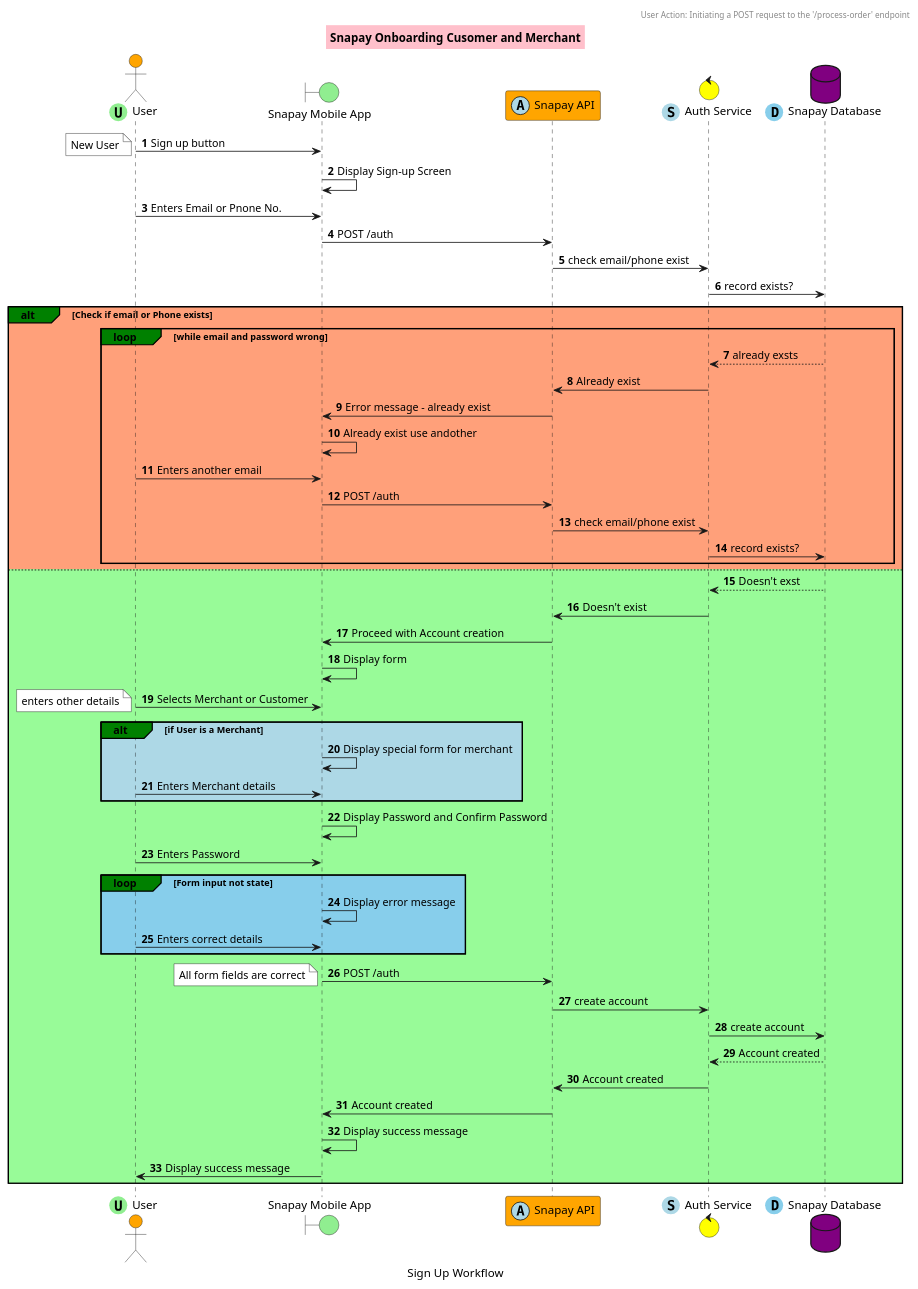
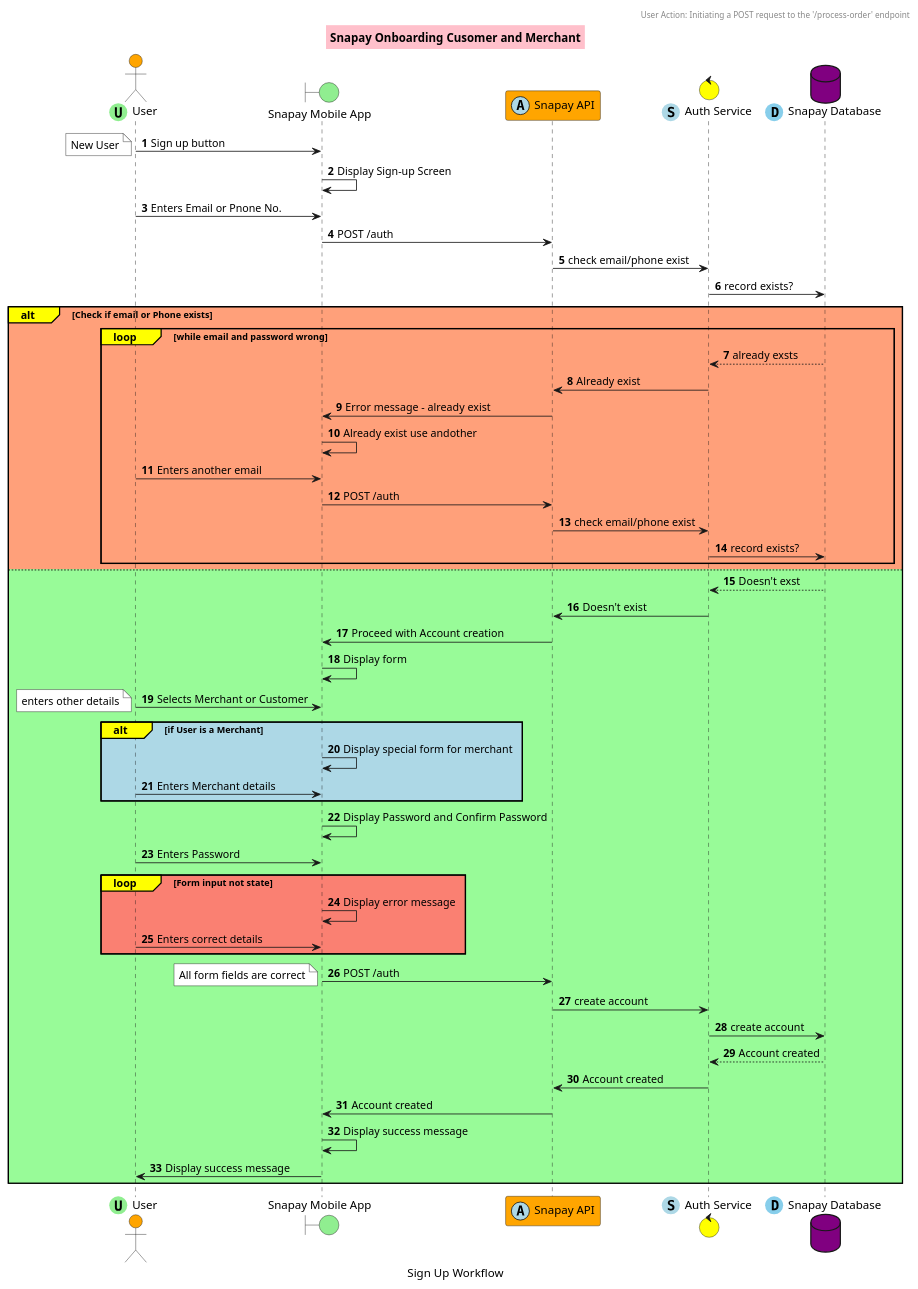
The diagram in snapay/onboardinng.puml (st-Michael/Brief-and-Architecture-for-QR-and-Merchant-Payment-integration---online-store), drawn with PlantUML before and after one commit. The commit also changed 1 other file, not shown here.

Commit message:
snapay login modified login sequence

```diff
--- a/snapay/onboardinng.puml
+++ b/snapay/onboardinng.puml
@@ -1,75 +1,75 @@
-@startuml
+@startuml Onboarding
 
 autonumber
 
 title Snapay Onboarding Cusomer and Merchant
 
 header
     User Action: Initiating a POST request to the '/process-order' endpoint
 endheader
 
 caption Sign Up Workflow
 
 
 skinparam NoteBackgroundColor #White
 skinparam TitleBackgroundColor #Pink
 skinparam ParticipantBackgroundColor #Orange
 skinparam ActorBackgroundColor #Orange
 skinparam DatabaseBackgroundColor #Purple
 skinparam BoundaryBackgroundColor #LightGreen
 skinparam ControlBackgroundColor #Yellow
 
 actor User <<(U, LightGreen)>>
 boundary "Snapay Mobile App" as UI
 participant "Snapay API" as API <<(A, LightBlue)>>
 control "Auth Service" as AuthService <<(S, LightBlue)>>
 database "Snapay Database" as Database <<(D, SkyBlue)>>
 
 User -> UI : Sign up button
 note left : New User
 UI -> UI  : Display Sign-up Screen
 User -> UI : Enters Email or Pnone No.
 UI -> API : POST /auth
 API -> AuthService: check email/phone exist
 AuthService -> Database: record exists?
-    alt#Green #LightSalmon Check if email or Phone exists
-        loop#green  while email and password wrong
+    alt#Yellow #LightSalmon Check if email or Phone exists
+        loop#Yellow  while email and password wrong
             Database --> AuthService: already exsts
             AuthService -> API : Already exist
             API -> UI : Error message - already exist
             UI ->  UI : Already exist use andother
             User -> UI : Enters another email
             UI -> API : POST /auth
             API -> AuthService: check email/phone exist
             AuthService -> Database: record exists?
         end
     else #PaleGreen
         Database --> AuthService: Doesn't exst
         AuthService -> API : Doesn't exist
         API -> UI : Proceed with Account creation
         UI ->  UI : Display form
         User -> UI : Selects Merchant or Customer
         note left : enters other details
-        alt#Green #Lightblue if User is a Merchant
+        alt#Yellow #Lightblue if User is a Merchant
             UI -> UI : Display special form for merchant
             User -> UI : Enters Merchant details
         end
         UI -> UI : Display Password and Confirm Password
         User -> UI : Enters Password
         
-        loop#green #SkyBlue Form input not state 
+        loop#Yellow #Salmon Form input not state 
             UI -> UI : Display error message
             User -> UI : Enters correct details
         end
         UI -> API : POST /auth
         note left : All form fields are correct
         API -> AuthService: create account
         AuthService -> Database: create account
         Database --> AuthService: Account created
         AuthService -> API : Account created
         API -> UI : Account created
         UI -> UI : Display success message
         UI -> User : Display success message
     end
 
 @enduml
```
